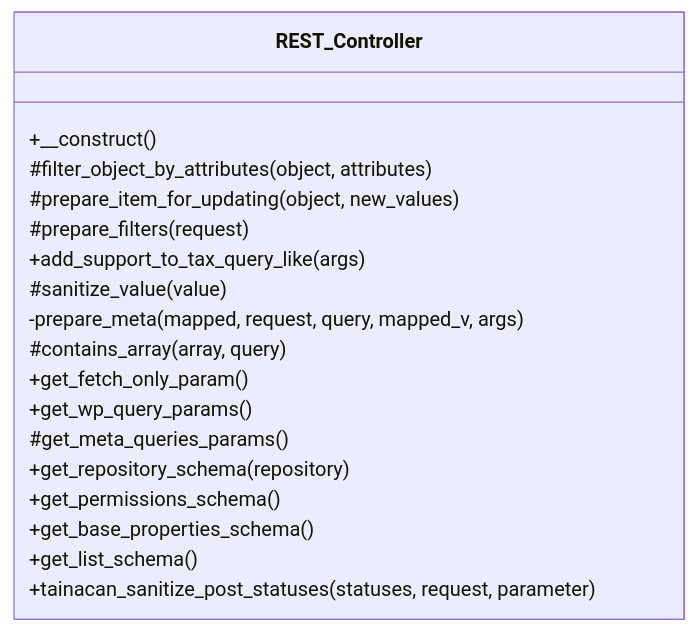
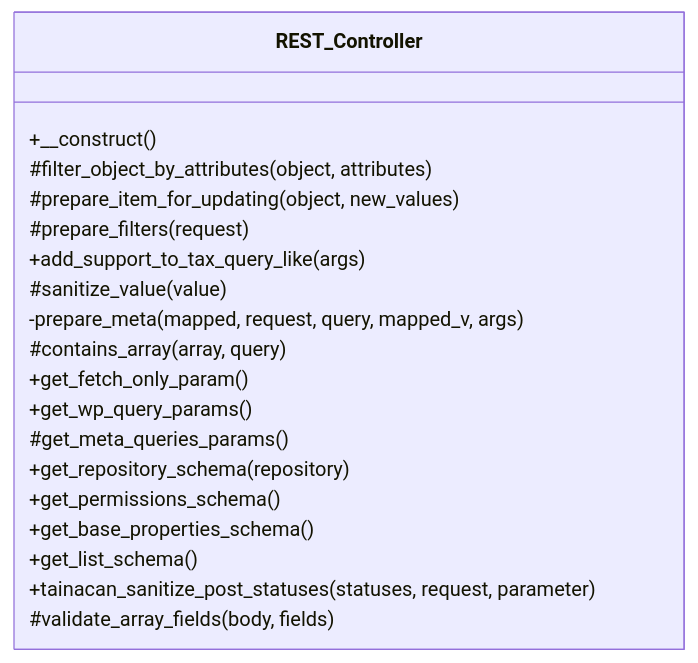
Before and after one commit to tainacan/tainacan: the diagram in docs/phpdoc/classes/Tainacan/API/REST_Controller.mmd, drawn with Mermaid. The commit also changed 51 other files, not shown here.

```diff
--- a/docs/phpdoc/classes/Tainacan/API/REST_Controller.mmd
+++ b/docs/phpdoc/classes/Tainacan/API/REST_Controller.mmd
@@ -1,20 +1,21 @@
 classDiagram
     direction TB
     class REST_Controller {
         +__construct()
         #filter_object_by_attributes(object, attributes)
         #prepare_item_for_updating(object, new_values)
         #prepare_filters(request)
         +add_support_to_tax_query_like(args)
         #sanitize_value(value)
         -prepare_meta(mapped, request, query, mapped_v, args)
         #contains_array(array, query)
         +get_fetch_only_param()
         +get_wp_query_params()
         #get_meta_queries_params()
         +get_repository_schema(repository)
         +get_permissions_schema()
         +get_base_properties_schema()
         +get_list_schema()
         +tainacan_sanitize_post_statuses(statuses, request, parameter)
+        #validate_array_fields(body, fields)
     }
```
